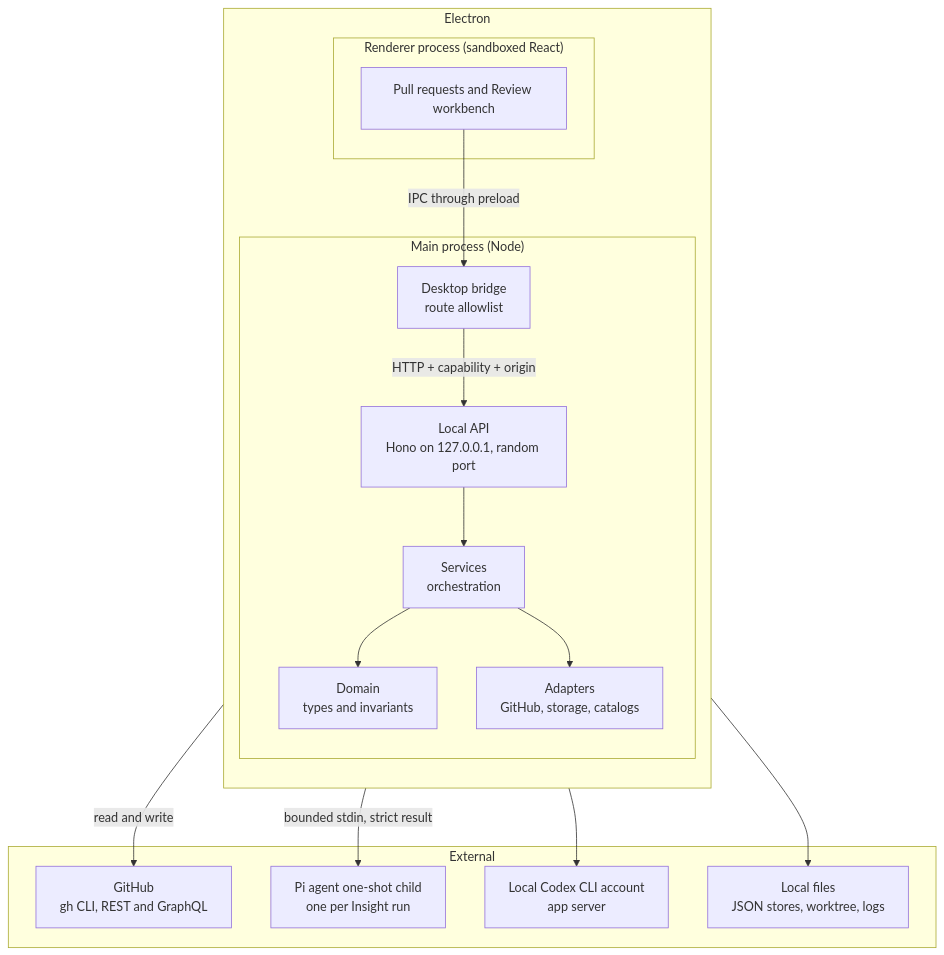
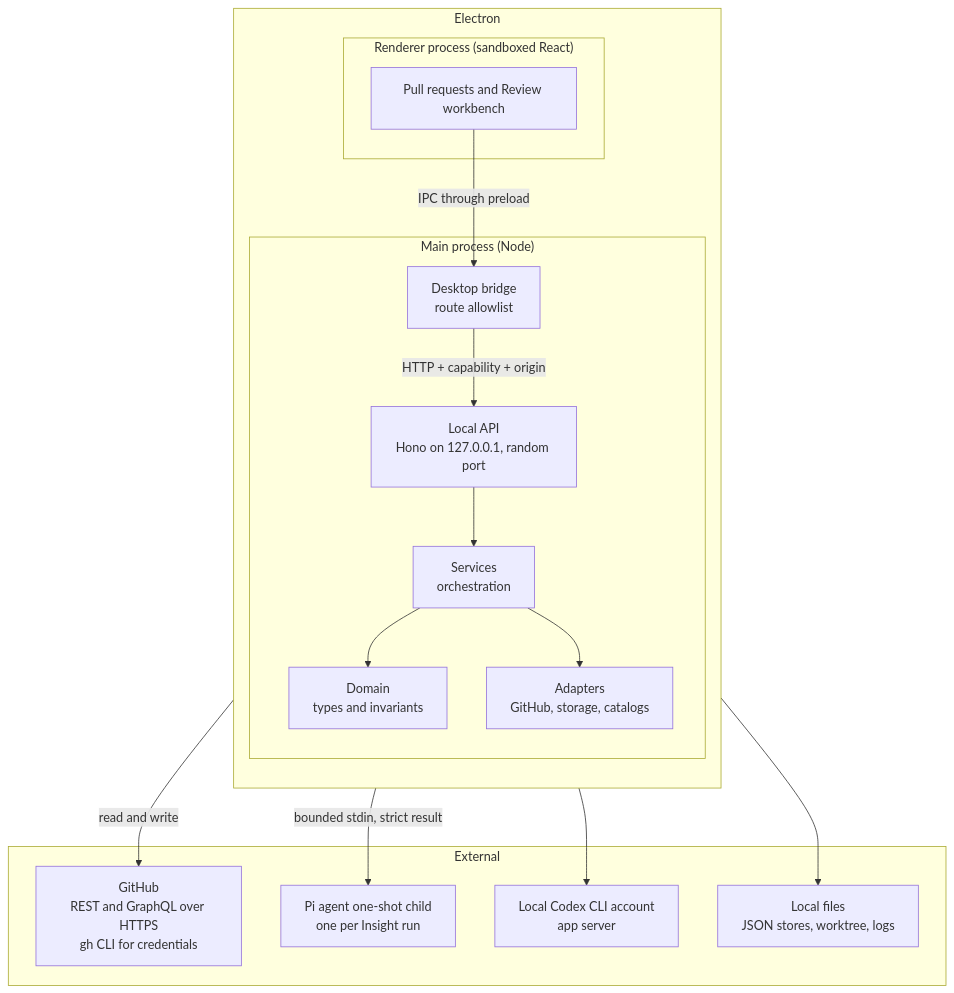
Before and after one commit to kwanpham2195/patchdesk: the diagram in docs/architecture.md, drawn with Mermaid. The commit also changed other lines of this file and 3 other files, not shown here.

First line of the commit message:
docs: record calling the GitHub API directly as ADR 0046

````diff
--- a/docs/architecture.md
+++ b/docs/architecture.md
@@ -19,31 +19,31 @@
 ```mermaid
 flowchart TB
     subgraph Electron
         direction TB
         subgraph Renderer["Renderer process (sandboxed React)"]
             UI["Pull requests and Review workbench"]
         end
         subgraph Main["Main process (Node)"]
             Bridge["Desktop bridge<br/>route allowlist"]
             API["Local API<br/>Hono on 127.0.0.1, random port"]
             Services["Services<br/>orchestration"]
             Domain["Domain<br/>types and invariants"]
             Adapters["Adapters<br/>GitHub, storage, catalogs"]
         end
     end
     subgraph External["External"]
-        GitHub["GitHub<br/>gh CLI, REST and GraphQL"]
+        GitHub["GitHub<br/>REST and GraphQL over HTTPS<br/>gh CLI for credentials"]
         Insight["Pi agent one-shot child<br/>one per Insight run"]
         Codex["Local Codex CLI account<br/>app server"]
         Files["Local files<br/>JSON stores, worktree, logs"]
     end
     UI -- "IPC through preload" --> Bridge
     Bridge -- "HTTP + capability + origin" --> API
     API --> Services
     Services --> Domain
     Services --> Adapters
     Adapters -- "read and write" --> GitHub
     Adapters --> Files
     Services -- "bounded stdin, strict result" --> Insight
     Services --> Codex
 ```
````
